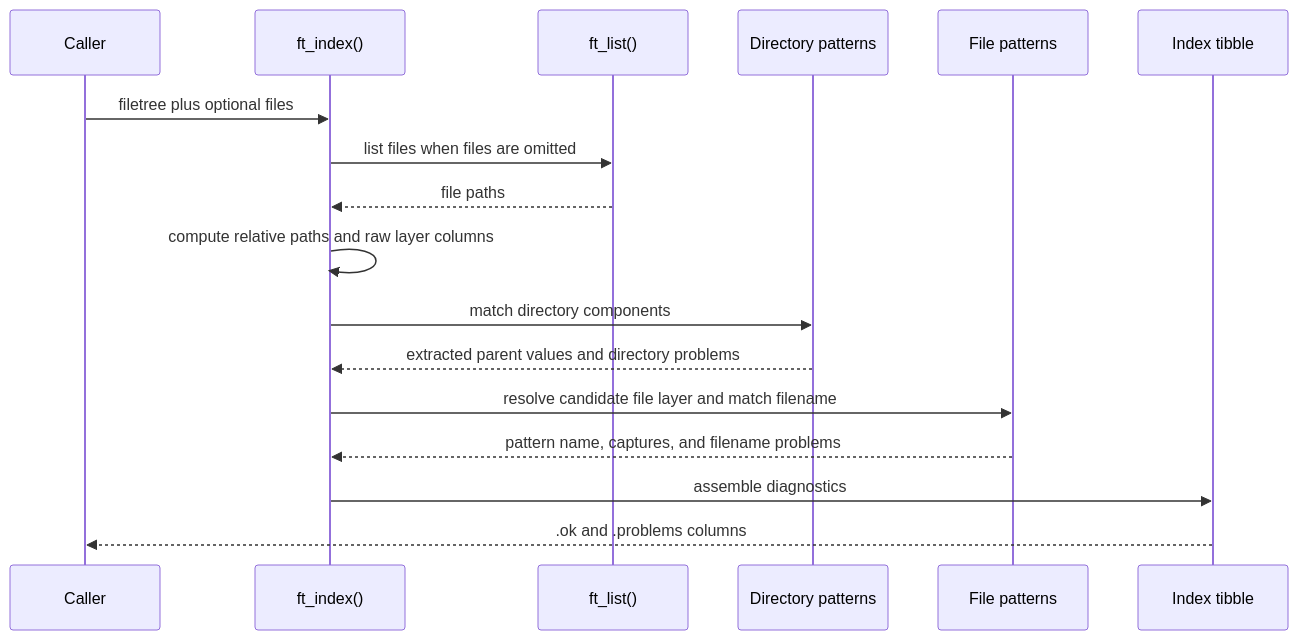
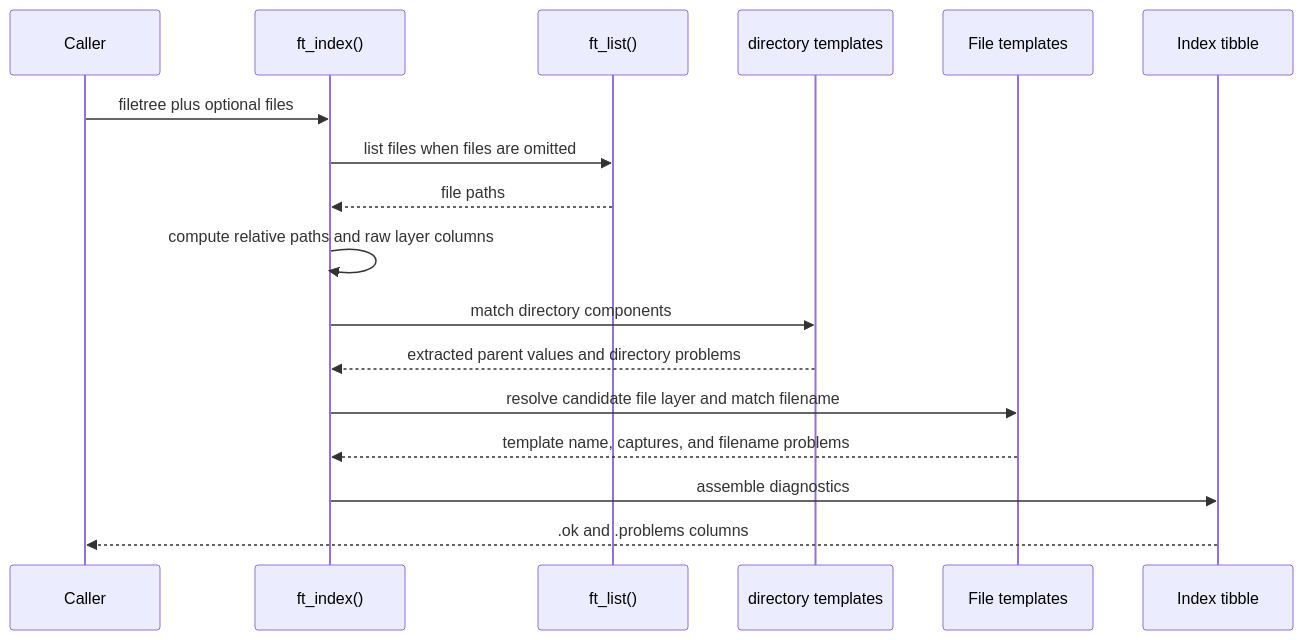
The second of 2 diagrams in inst/overview.md (tjmahr/filetree), drawn with Mermaid before and after one commit. The commit also changed other lines of this file and 17 other files, not shown here.

Commit message:
rename patterns -> template

````diff
--- a/inst/overview.md
+++ b/inst/overview.md
@@ -124,20 +134,20 @@
 ```mermaid
 sequenceDiagram
     participant Caller
     participant Index as ft_index()
     participant FS as ft_list()
-    participant Dir as Directory patterns
-    participant File as File patterns
+    participant Dir as directory templates
+    participant File as File templates
     participant Tibble as Index tibble
 
     Caller->>Index: filetree plus optional files
     Index->>FS: list files when files are omitted
     FS-->>Index: file paths
     Index->>Index: compute relative paths and raw layer columns
     Index->>Dir: match directory components
     Dir-->>Index: extracted parent values and directory problems
     Index->>File: resolve candidate file layer and match filename
-    File-->>Index: pattern name, captures, and filename problems
+    File-->>Index: template name, captures, and filename problems
     Index->>Tibble: assemble diagnostics
     Tibble-->>Caller: .ok and .problems columns
 ```
````
